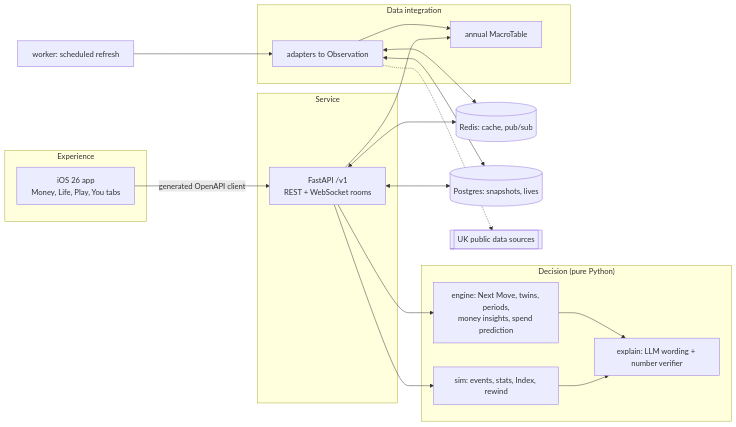
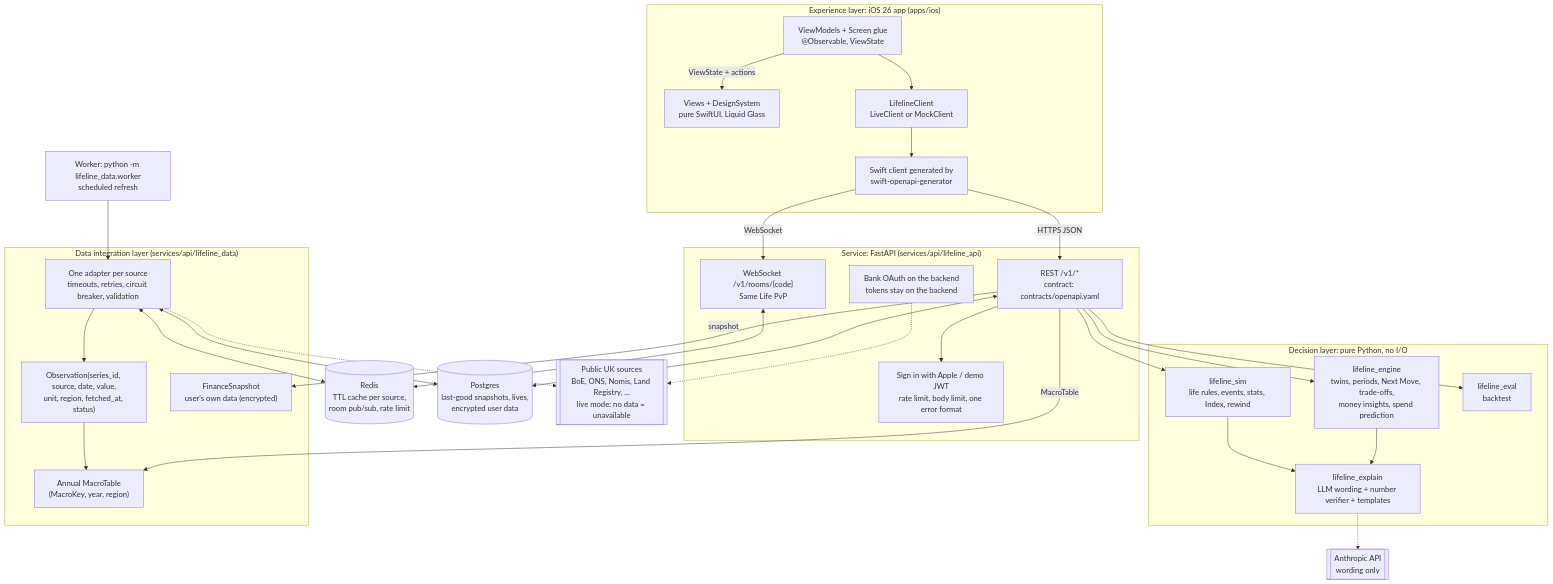
One commit to expires/guts-hackathon-2026 changed the diagram in README.md. Above: the diagram before and after it, drawn with Mermaid. The commit also changed other lines of this file and 4 other files, not shown here.

````diff
--- a/README.md
+++ b/README.md
@@ -90,32 +58,56 @@
 ```mermaid
-flowchart LR
-  subgraph EXP["Experience"]
-    IOS["iOS 26 app<br/>Money, Life, Play, You tabs"]
+flowchart TB
+  subgraph EXP["Experience layer: iOS 26 app (apps/ios)"]
+    VIEWS["Views + DesignSystem<br/>pure SwiftUI, Liquid Glass"]
+    VM["ViewModels + Screen glue<br/>@Observable, ViewState"]
+    LC["LifelineClient<br/>LiveClient or MockClient"]
+    CLIENT["Swift client generated by<br/>swift-openapi-generator"]
+    VM -- "ViewState + actions" --> VIEWS
+    VM --> LC --> CLIENT
   end
-  subgraph SVC["Service"]
-    API["FastAPI /v1<br/>REST + WebSocket rooms"]
+
+  subgraph SVC["Service: FastAPI (services/api/lifeline_api)"]
+    REST["REST /v1/*<br/>contract: contracts/openapi.yaml"]
+    WS["WebSocket /v1/rooms/{code}<br/>Same Life PvP"]
+    AUTH["Sign in with Apple / demo JWT<br/>rate limit, body limit, one error format"]
+    BANK["Bank OAuth on the backend<br/>tokens stay on the backend"]
   end
-  subgraph DEC["Decision (pure Python)"]
-    SIM["sim: events, stats, Index, rewind"]
-    ENG["engine: Next Move, twins, periods,<br/>money insights, spend prediction"]
-    EXPL["explain: LLM wording + number verifier"]
+
+  subgraph DEC["Decision layer: pure Python, no I/O"]
+    SIM["lifeline_sim<br/>life rules, events, stats, Index, rewind"]
+    ENG["lifeline_engine<br/>twins, periods, Next Move, trade-offs,<br/>money insights, spend prediction"]
+    EVAL["lifeline_eval<br/>backtest"]
+    EXPL["lifeline_explain<br/>LLM wording + number verifier + templates"]
   end
-  subgraph DATA["Data integration"]
-    ADP["adapters to Observation"]
-    MT["annual MacroTable"]
+
+  subgraph DATA["Data integration layer (services/api/lifeline_data)"]
+    ADP["One adapter per source<br/>timeouts, retries, circuit breaker, validation"]
+    OBS["Observation(series_id, source, date, value,<br/>unit, region, fetched_at, status)"]
+    MACRO["Annual MacroTable<br/>(MacroKey, year, region)"]
+    FIN["FinanceSnapshot<br/>user's own data (encrypted)"]
+    ADP --> OBS --> MACRO
   end
-  REDIS[("Redis: cache, pub/sub")]
-  PG[("Postgres: snapshots, lives")]
-  WORKER["worker: scheduled refresh"]
-  SRC[["UK public data sources"]]
 
-  IOS -- "generated OpenAPI client" --> API
-  API --> SIM & ENG
-  SIM & ENG --> EXPL
-  API --> MT
-  ADP --> MT
-  ADP <--> REDIS & PG
-  API <--> REDIS & PG
+  WORKER["Worker: python -m lifeline_data.worker<br/>scheduled refresh"]
+  REDIS[("Redis<br/>TTL cache per source,<br/>room pub/sub, rate limit")]
+  PG[("Postgres<br/>last-good snapshots, lives,<br/>encrypted user data")]
+  EXT[["Public UK sources<br/>BoE, ONS, Nomis, Land Registry, ...<br/>live mode: no data = unavailable"]]
+  LLM[["Anthropic API<br/>wording only"]]
+
+  CLIENT -- "HTTPS JSON" --> REST
+  CLIENT -- "WebSocket" --> WS
+  REST --> AUTH
+  REST --> SIM & ENG & EVAL
+  SIM --> EXPL
+  ENG --> EXPL
+  EXPL -.-> LLM
+  REST -- "MacroTable" --> MACRO
+  REST -- "snapshot" --> FIN
+  WS <--> REDIS
+  REST <--> PG
+  ADP <--> REDIS
+  ADP <--> PG
+  ADP -.-> EXT
   WORKER --> ADP
-  ADP -.-> SRC
+  BANK -.-> EXT
 ```
````
